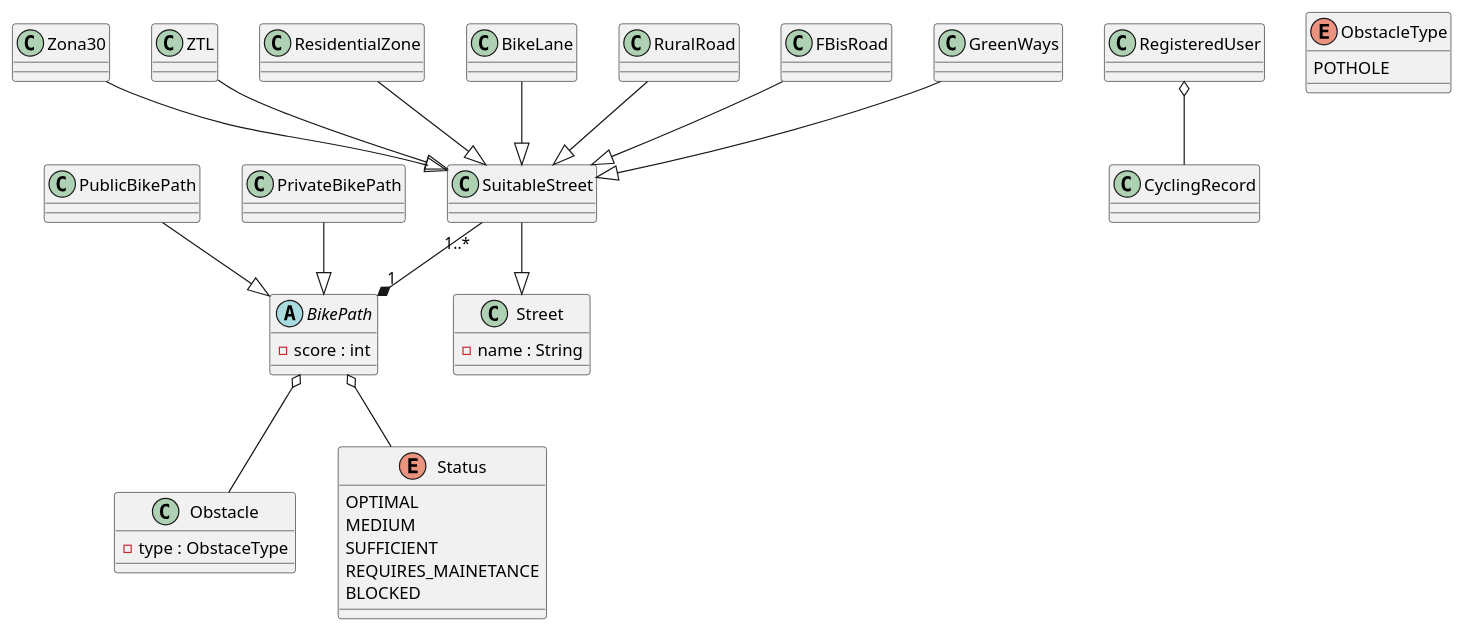
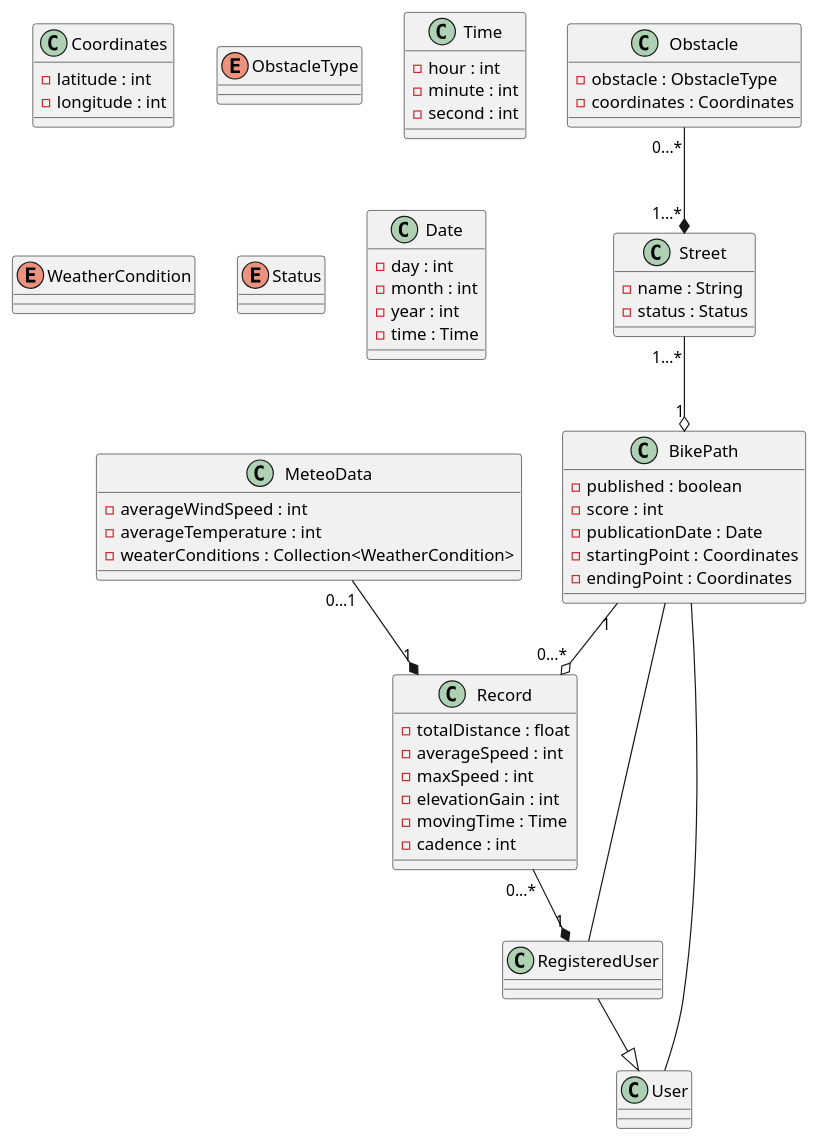
One commit to ilevinci/RubinoUvinsiVinciguerra changed the diagram in ClassDiagram.puml. Above: the diagram before and after it, drawn with PlantUML.

Commit message:
Class Diagram

```diff
--- a/ClassDiagram.puml
+++ b/ClassDiagram.puml
@@ -1,97 +1,103 @@
 @startuml BBP
 
-abstract class BikePath {
-    - score : int
+
+class Street {
+    - name : String 
+    - status : Status 
 }
 
-class PublicBikePath {
-
+class BikePath {
+    - published : boolean
+    - score : int
+    - publicationDate : Date
+    - startingPoint : Coordinates
+    - endingPoint : Coordinates
 }
 
-class PrivateBikePath {
+/'The published attribute declare the Path as 
+"public", i.e. visible to other user aside from
+the owner'/
 
-}
-
-class Street {
-    - name : String
-}
-
-class SuitableStreet {
-
-}
-
-class Zona30 {
-
-}
-
-class ZTL {
-
-}
-
-class ResidentialZone {
-
-}
-
-class BikeLane {
-
-}
-
-class RuralRoad {
-
-}
-
-class FBisRoad {
-
-}
-
-class GreenWays {
-
+class Coordinates {
+    - latitude : int
+    - longitude : int 
 }
 
 class Obstacle {
-    - type : ObstaceType
+    - obstacle : ObstacleType
+    - coordinates : Coordinates
+}
+
+enum ObstacleType {
+
 }
 
 class RegisteredUser {
 
 }
 
-class CyclingRecord {
+class Record {
+    - totalDistance : float
+    - averageSpeed : int
+    - maxSpeed : int
+    - elevationGain : int
+    - movingTime : Time
+    - cadence : int
+}
+
+class User {
 
 }
 
-enum ObstacleType {
-    POTHOLE
+class Time {
+    - hour : int
+    - minute : int
+    - second : int
+}
+
+class MeteoData {
+ - averageWindSpeed : int
+ - averageTemperature : int
+ - weaterConditions : Collection<WeatherCondition>
+}
+
+enum WeatherCondition {
+
 }
 
 enum Status {
-    OPTIMAL
-    MEDIUM 
-    SUFFICIENT
-    REQUIRES_MAINETANCE
-    BLOCKED
+
 }
 
+class Date {
+    - day : int
+    - month : int
+    - year : int
+    - time : Time
+}
+
+MeteoData "0...1" --* "1" Record
+Obstacle "0...*" --* "1...*"  Street
+/'
+If an Obstacle is in a crossroad than it
+belongs to more roads. An obstacle cannot exist
+if it has not a road.
+'/
+
+RegisteredUser --|> User
 
 
+Record "0...*" --* "1" RegisteredUser
+BikePath "1" --o "0...*" Record
 
 
+Street "1...*" --o "1" BikePath
 
-SuitableStreet --|> Street
-Zona30 --|> SuitableStreet
-ZTL --|> SuitableStreet
-GreenWays --|> SuitableStreet
-ResidentialZone --|> SuitableStreet
-BikeLane --|> SuitableStreet
-RuralRoad --|> SuitableStreet
-FBisRoad --|> SuitableStreet
-SuitableStreet "1..*"--*"1" BikePath
+RegisteredUser --  BikePath 
+/'RegisteredUser crea 0...* Bikepath e un BikePath è creato
+da 1 RegisteredUser'/
 
-PublicBikePath --|> BikePath
-PrivateBikePath --|> BikePath
-
-BikePath o-- Status
-BikePath o-- Obstacle
-
-RegisteredUser o-- CyclingRecord
+User -- BikePath 
+/'User visualizza 0...n BikePath e ogni BikePath è visualizzato
+da 1(autore)...* User'/
 @enduml
```
